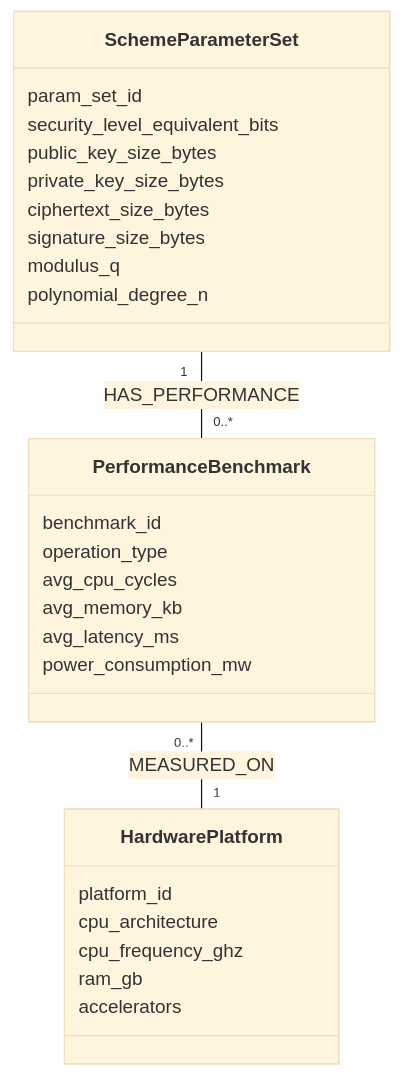
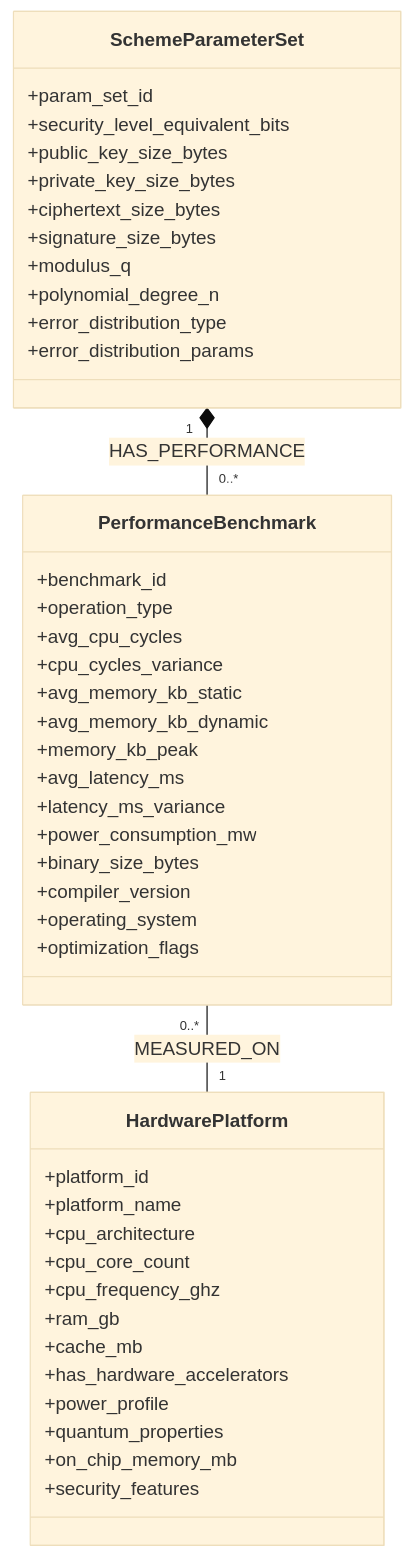
The fifth of 10 diagrams in inventions/013_post_quantum_cryptography_generation/dckb_detailed_ontology_definition.md (diplomat-bit/Citibank_Demo_Business_Inc_Demonstration-), drawn with Mermaid (base theme) before and after one commit. The commit also changed other lines of this file, not shown here.

Commit message:
[AI] Edit: inventions/013_post_quantum_cryptography_generation/dckb_detailed_ontology_definition.md

````diff
--- a/inventions/013_post_quantum_cryptography_generation/dckb_detailed_ontology_definition.md
+++ b/inventions/013_post_quantum_cryptography_generation/dckb_detailed_ontology_definition.md
@@ -809,31 +1061,48 @@
 ```mermaid
 classDiagram
     class SchemeParameterSet {
-        param_set_id
-        security_level_equivalent_bits
-        public_key_size_bytes
-        private_key_size_bytes
-        ciphertext_size_bytes
-        signature_size_bytes
-        modulus_q
-        polynomial_degree_n
+        +param_set_id
+        +security_level_equivalent_bits
+        +public_key_size_bytes
+        +private_key_size_bytes
+        +ciphertext_size_bytes
+        +signature_size_bytes
+        +modulus_q
+        +polynomial_degree_n
+        +error_distribution_type
+        +error_distribution_params
     }
     class PerformanceBenchmark {
-        benchmark_id
-        operation_type
-        avg_cpu_cycles
-        avg_memory_kb
-        avg_latency_ms
-        power_consumption_mw
+        +benchmark_id
+        +operation_type
+        +avg_cpu_cycles
+        +cpu_cycles_variance
+        +avg_memory_kb_static
+        +avg_memory_kb_dynamic
+        +memory_kb_peak
+        +avg_latency_ms
+        +latency_ms_variance
+        +power_consumption_mw
+        +binary_size_bytes
+        +compiler_version
+        +operating_system
+        +optimization_flags
     }
     class HardwarePlatform {
-        platform_id
-        cpu_architecture
-        cpu_frequency_ghz
-        ram_gb
-        accelerators
+        +platform_id
+        +platform_name
+        +cpu_architecture
+        +cpu_core_count
+        +cpu_frequency_ghz
+        +ram_gb
+        +cache_mb
+        +has_hardware_accelerators
+        +power_profile
+        +quantum_properties
+        +on_chip_memory_mb
+        +security_features
     }
 
-    SchemeParameterSet "1" -- "0..*" PerformanceBenchmark : HAS_PERFORMANCE
+    SchemeParameterSet "1" *-- "0..*" PerformanceBenchmark : HAS_PERFORMANCE
     PerformanceBenchmark "0..*" -- "1" HardwarePlatform : MEASURED_ON
 ```
````
